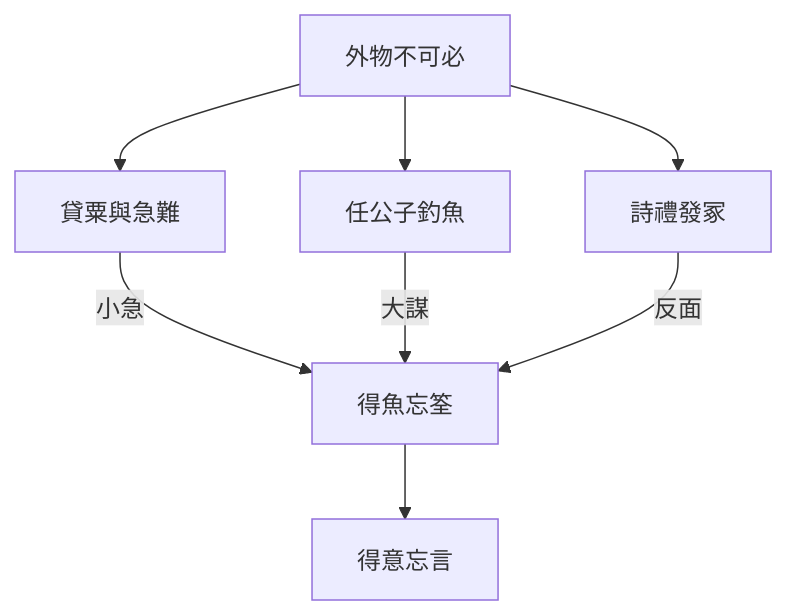
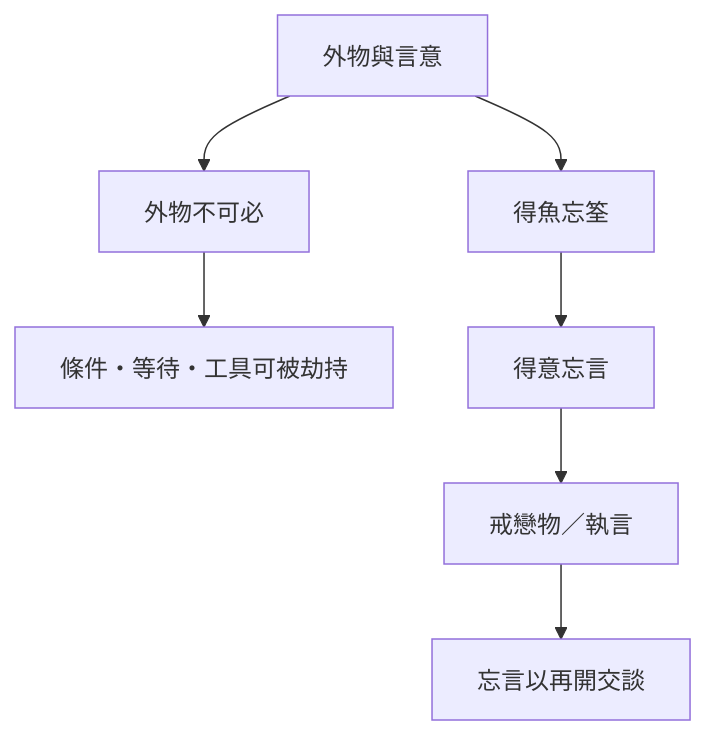
The diagram in content/chapters/03-雜篇/26-外物.md (show0621/zhuangzi-atlas), drawn with Mermaid before and after one commit. The commit also changed other lines of this file and 61 other files, not shown here.

First line of the commit message:
editorial: §16 心智圖改為思想收束，與結構圖分工

````diff
--- a/content/chapters/03-雜篇/26-外物.md
+++ b/content/chapters/03-雜篇/26-外物.md
@@ -202,10 +203,9 @@
 ```mermaid
-flowchart TD
-  A[外物不可必] --> B[貸粟與急難]
-  A --> C[任公子釣魚]
-  A --> D[詩禮發冢]
-  B -->|小急| E[得魚忘筌]
-  C -->|大謀| E
-  D -->|反面| E
-  E --> F[得意忘言]
+flowchart TB
+  Q[外物與言意] --> U[外物不可必]
+  U --> C[條件・等待・工具可被劫持]
+  Q --> Y[得魚忘筌]
+  Y --> W[得意忘言]
+  W --> R[戒戀物／執言]
+  R --> O[忘言以再開交談]
 ```
````
